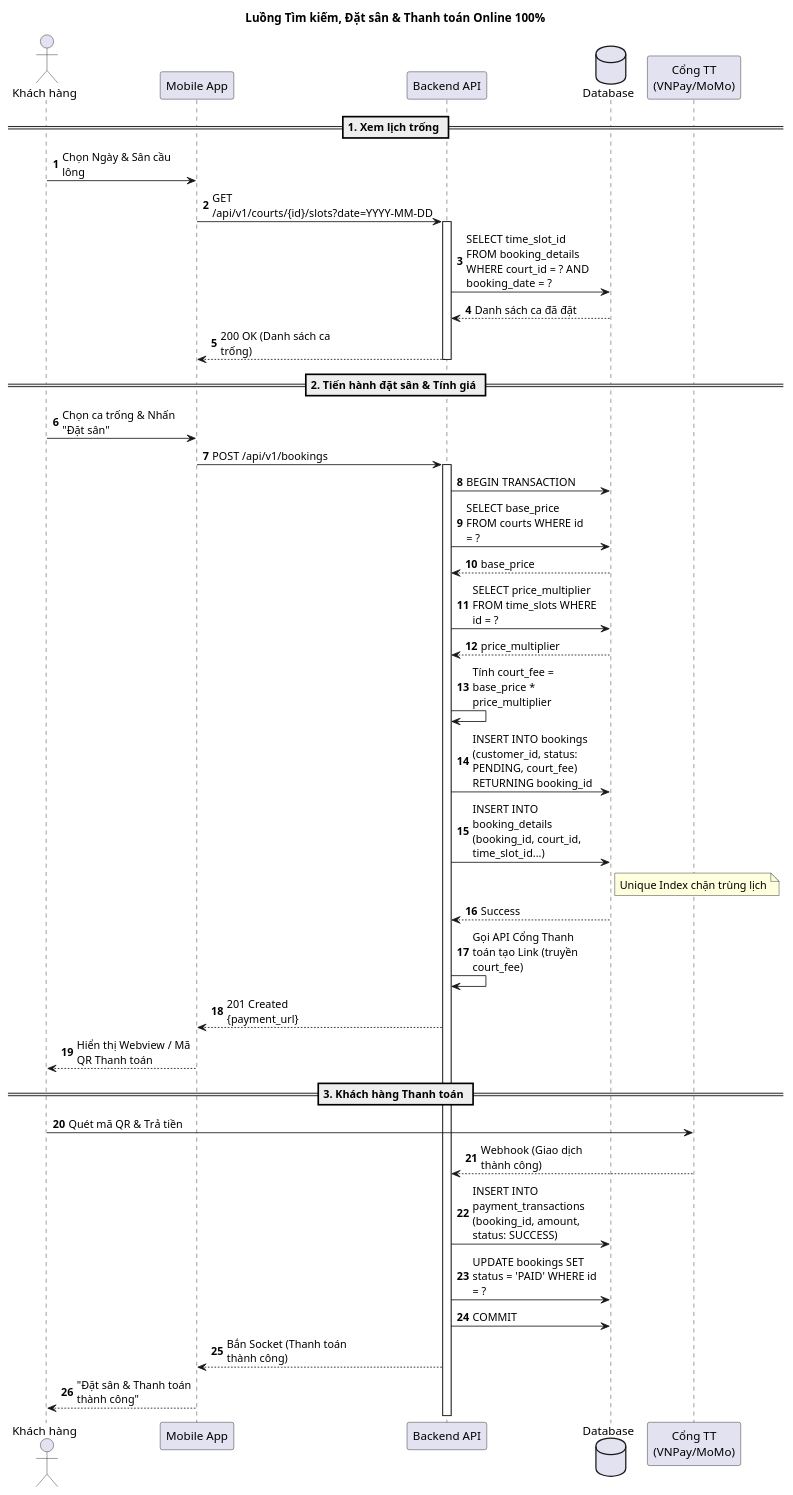
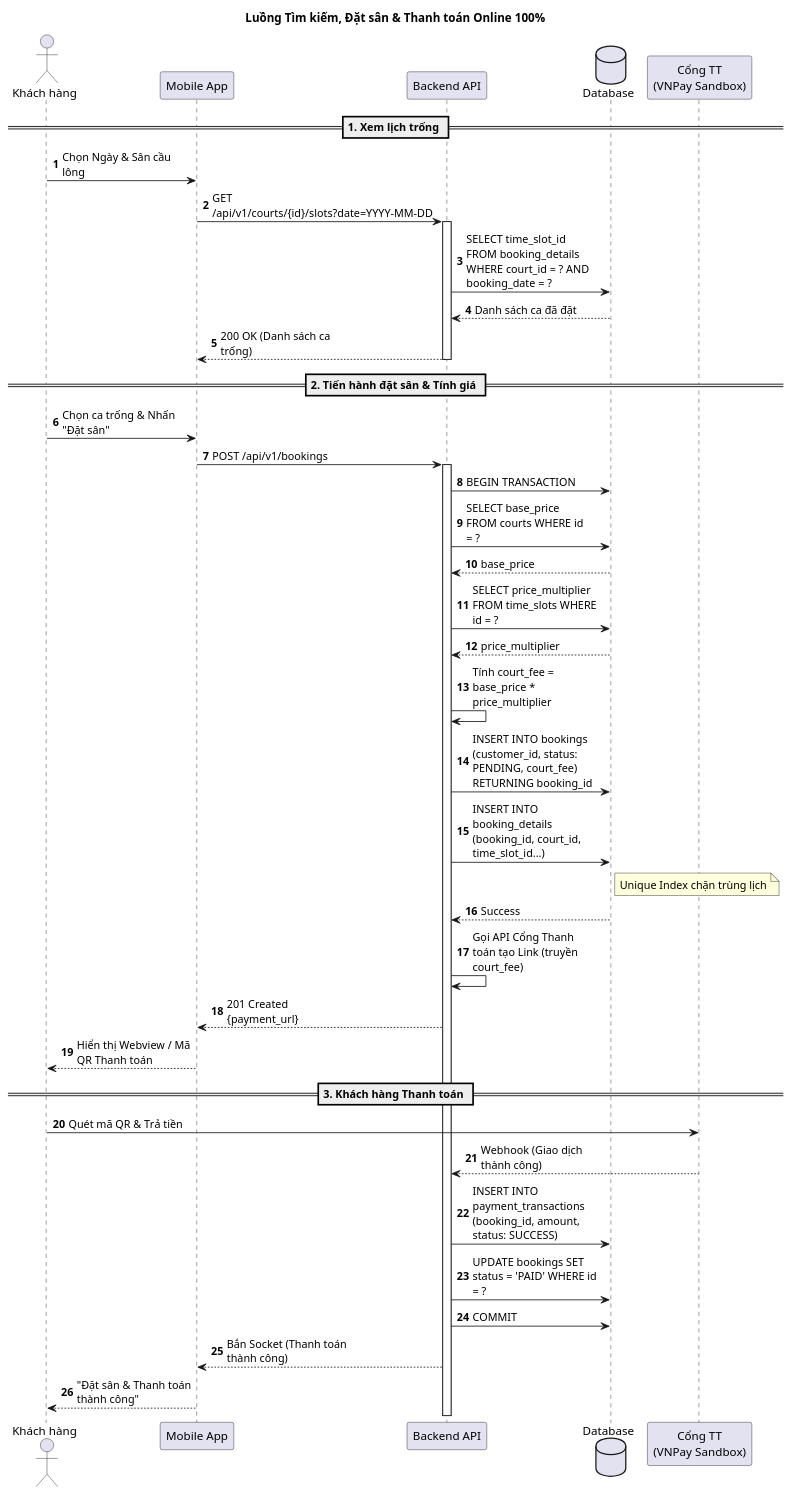
Before and after one commit to hung-it/Badminton_Court_Management: the third of 5 diagrams in docs/sequence.md, drawn with PlantUML. The commit also changed 41 other files, not shown here.

````diff
--- a/docs/sequence.md
+++ b/docs/sequence.md
@@ -111,53 +111,53 @@
 ```plantuml
 @startuml
 title Luồng Tìm kiếm, Đặt sân & Thanh toán Online 100%
 autonumber
 skinparam maxMessageSize 150
 
 actor "Khách hàng" as User
 participant "Mobile App" as UI
 participant "Backend API" as API
 database "Database" as DB
-participant "Cổng TT\n(VNPay/MoMo)" as PaymentGateway
+participant "Cổng TT\n(VNPay Sandbox)" as PaymentGateway
 
 == 1. Xem lịch trống ==
 User -> UI : Chọn Ngày & Sân cầu lông
 UI -> API : GET /api/v1/courts/{id}/slots?date=YYYY-MM-DD
 activate API
 API -> DB : SELECT time_slot_id FROM booking_details WHERE court_id = ? AND booking_date = ?
 DB --> API : Danh sách ca đã đặt
 API --> UI : 200 OK (Danh sách ca trống)
 deactivate API
 
 == 2. Tiến hành đặt sân & Tính giá ==
 User -> UI : Chọn ca trống & Nhấn "Đặt sân"
 UI -> API : POST /api/v1/bookings
 activate API
 
 API -> DB : BEGIN TRANSACTION
 API -> DB : SELECT base_price FROM courts WHERE id = ?
 DB --> API : base_price
 API -> DB : SELECT price_multiplier FROM time_slots WHERE id = ?
 DB --> API : price_multiplier
 
 API -> API : Tính court_fee = base_price * price_multiplier
 
 API -> DB : INSERT INTO bookings (customer_id, status: PENDING, court_fee)\nRETURNING booking_id
 API -> DB : INSERT INTO booking_details (booking_id, court_id, time_slot_id...)
 note right of DB: Unique Index chặn trùng lịch
 DB --> API : Success
 
 API -> API : Gọi API Cổng Thanh toán tạo Link (truyền court_fee)
 API --> UI : 201 Created\n{payment_url}
 UI --> User : Hiển thị Webview / Mã QR Thanh toán
 
 == 3. Khách hàng Thanh toán ==
 User -> PaymentGateway : Quét mã QR & Trả tiền
 PaymentGateway --> API : Webhook (Giao dịch thành công)
 API -> DB : INSERT INTO payment_transactions (booking_id, amount, status: SUCCESS)
 API -> DB : UPDATE bookings SET status = 'PAID' WHERE id = ?
 API -> DB : COMMIT
 API --> UI : Bắn Socket (Thanh toán thành công)
 UI --> User : "Đặt sân & Thanh toán thành công"
 @enduml
 ```
````
